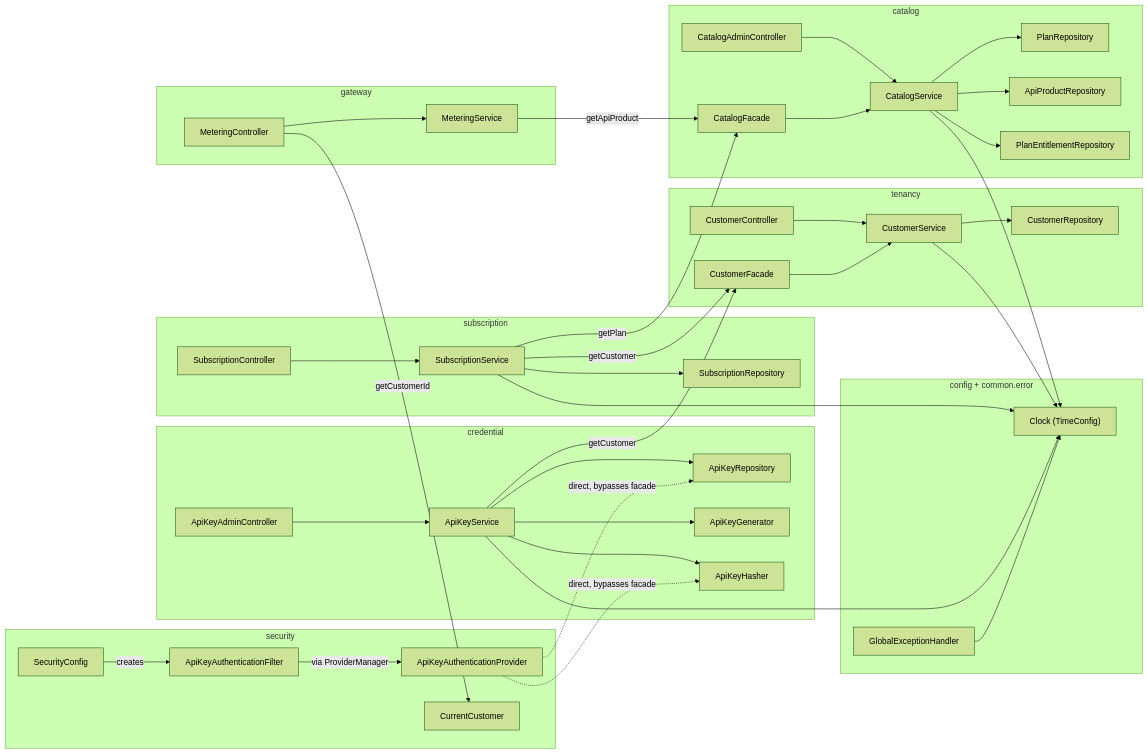
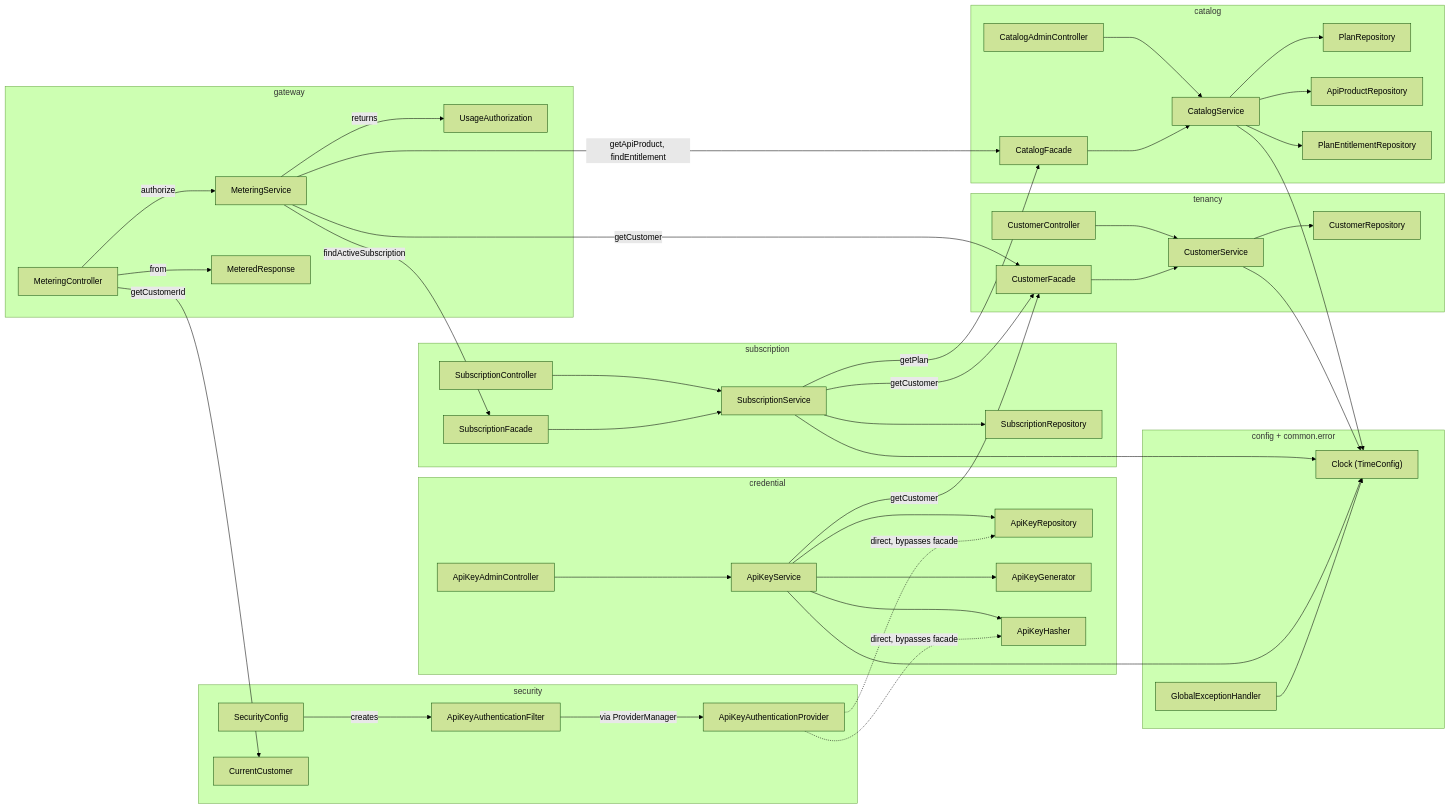
The diagram in docs/diagrams/component-diagram.mmd (Amr-al/MeterFlow), drawn with Mermaid (forest theme) before and after one commit. The commit also changed 11 other files, not shown here.

First line of the commit message:
docs: document completed M3 metering authorization flow

```diff
--- a/docs/diagrams/component-diagram.mmd
+++ b/docs/diagrams/component-diagram.mmd
@@ -1,55 +1,60 @@
 flowchart LR
     subgraph tenancy["tenancy"]
         CustomerController --> CustomerService
         CustomerFacade --> CustomerService
         CustomerService --> CustomerRepository
     end
 
     subgraph catalog["catalog"]
         CatalogAdminController --> CatalogService
         CatalogFacade --> CatalogService
         CatalogService --> PlanRepository
         CatalogService --> ApiProductRepository
         CatalogService --> PlanEntitlementRepository
     end
 
     subgraph subscription["subscription"]
         SubscriptionController --> SubscriptionService
+        SubscriptionFacade --> SubscriptionService
         SubscriptionService --> SubscriptionRepository
     end
 
     subgraph credential["credential"]
         ApiKeyAdminController --> ApiKeyService
         ApiKeyService --> ApiKeyRepository
         ApiKeyService --> ApiKeyGenerator
         ApiKeyService --> ApiKeyHasher
     end
 
     subgraph security["security"]
         SecurityConfig -->|creates| ApiKeyAuthenticationFilter
         ApiKeyAuthenticationFilter -->|via ProviderManager| ApiKeyAuthenticationProvider
         CurrentCustomer
     end
 
     subgraph gateway["gateway"]
-        MeteringController --> MeteringService
+        MeteringController -->|authorize| MeteringService
+        MeteringService -->|returns| UsageAuthorization
+        MeteringController -->|from| MeteredResponse
     end
 
     subgraph shared["config + common.error"]
         Clock["Clock (TimeConfig)"]
         GlobalExceptionHandler
     end
 
     SubscriptionService -->|getCustomer| CustomerFacade
     SubscriptionService -->|getPlan| CatalogFacade
     ApiKeyService -->|getCustomer| CustomerFacade
-    MeteringService -->|getApiProduct| CatalogFacade
+    MeteringService -->|getCustomer| CustomerFacade
+    MeteringService -->|getApiProduct, findEntitlement| CatalogFacade
+    MeteringService -->|findActiveSubscription| SubscriptionFacade
     MeteringController -->|getCustomerId| CurrentCustomer
     ApiKeyAuthenticationProvider -.->|direct, bypasses facade| ApiKeyRepository
     ApiKeyAuthenticationProvider -.->|direct, bypasses facade| ApiKeyHasher
 
     CustomerService --> Clock
     CatalogService --> Clock
     SubscriptionService --> Clock
     ApiKeyService --> Clock
     GlobalExceptionHandler --> Clock
```
